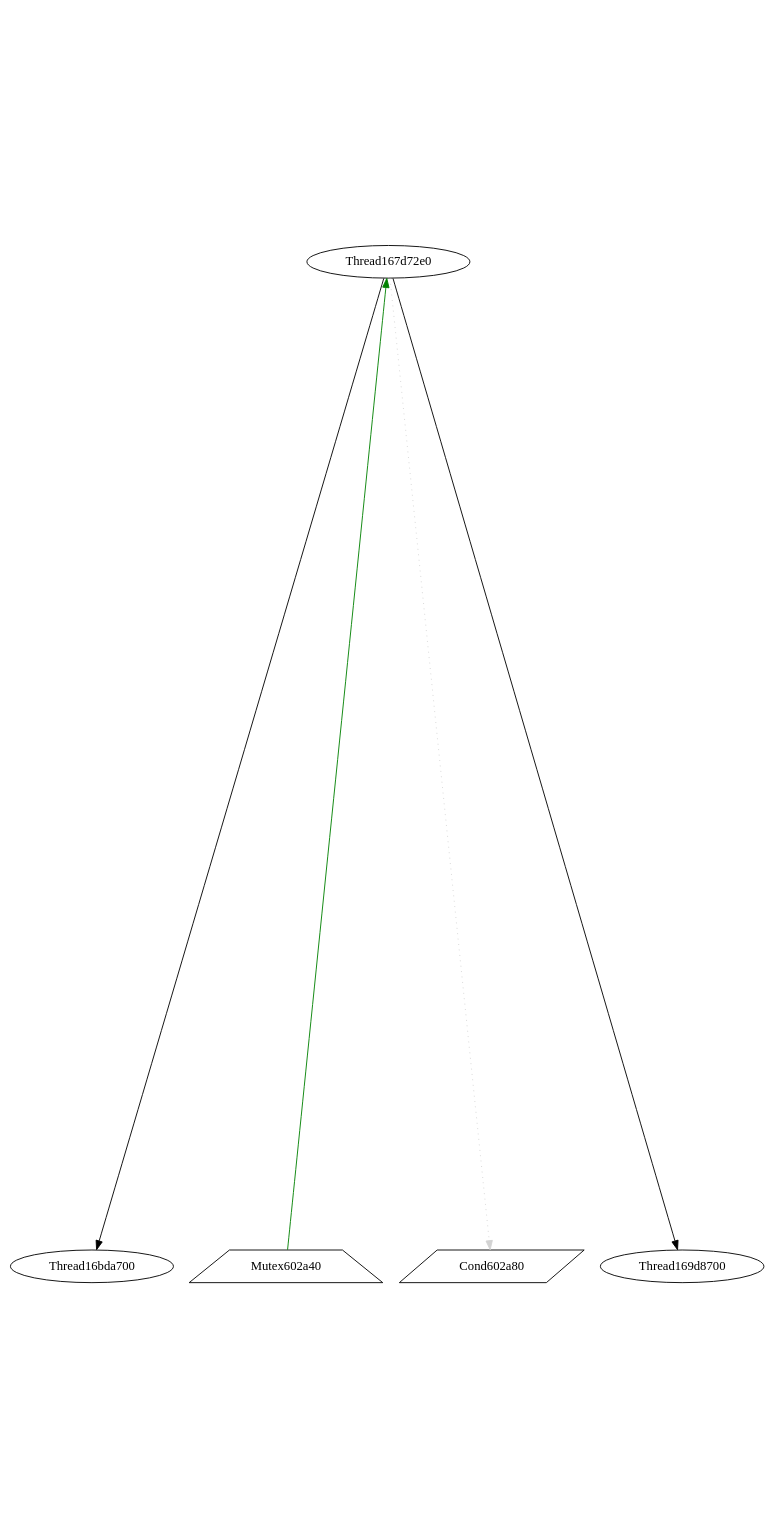
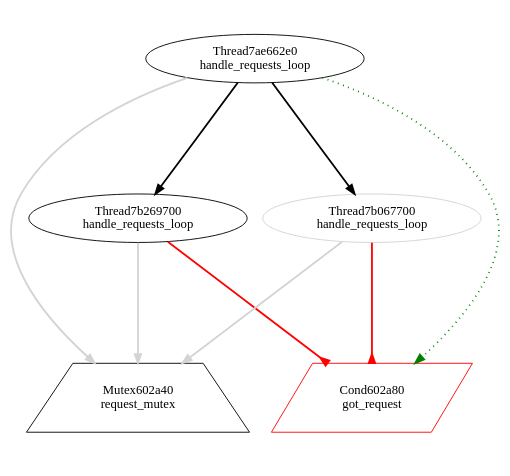
The diagram in view/dot/graph038.dot (v4o6/cs410), drawn with Graphviz before and after one commit. The commit also changed 289 other files, not shown here.

```diff
--- a/view/dot/graph038.dot
+++ b/view/dot/graph038.dot
@@ -1,12 +1,16 @@
 digraph G {
-graph[center=true, ratio=2];
-Thread16bda700 [color=black];
-Mutex602a40 [shape=trapezium,color=black];
-Cond602a80 [shape=parallelogram,color=black];
-Thread169d8700 [color=black];
-Thread167d72e0 [color=black];
-Thread167d72e0 -> Thread16bda700 [arrowhead=normal];
-Thread167d72e0 -> Mutex602a40 [arrowhead=normal,color=green,dir=back];
-Thread167d72e0 -> Cond602a80 [style=dotted,color=lightgray];
-Thread167d72e0 -> Thread169d8700 [arrowhead=normal];
+graph[center=true, ratio=1];
+Mutex602a40 [shape=trapezium,color=black,label="Mutex602a40\nrequest_mutex"];
+Cond602a80 [shape=parallelogram,color=red,label="Cond602a80\ngot_request"];
+Thread7ae662e0 [color=black,label="Thread7ae662e0\nhandle_requests_loop"];
+Thread7ae662e0 -> Mutex602a40 [arrowhead=normal,color=lightgray,penwidth=2];
+Thread7ae662e0 -> Cond602a80 [style=dotted,color=green,penwidth=2];
+Thread7ae662e0 -> Thread7b269700 [arrowhead=normal,penwidth=2];
+Thread7ae662e0 -> Thread7b067700 [arrowhead=normal,penwidth=2];
+Thread7b269700 [color=black,label="Thread7b269700\nhandle_requests_loop"];
+Thread7b269700 -> Mutex602a40 [arrowhead=normal,color=lightgray,penwidth=2];
+Thread7b269700 -> Cond602a80 [arrowhead=inv,color=red,penwidth=2];
+Thread7b067700 [color=lightgray,label="Thread7b067700\nhandle_requests_loop"];
+Thread7b067700 -> Mutex602a40 [arrowhead=normal,color=lightgray,penwidth=2];
+Thread7b067700 -> Cond602a80 [arrowhead=inv,color=red,penwidth=2];
 }
```
